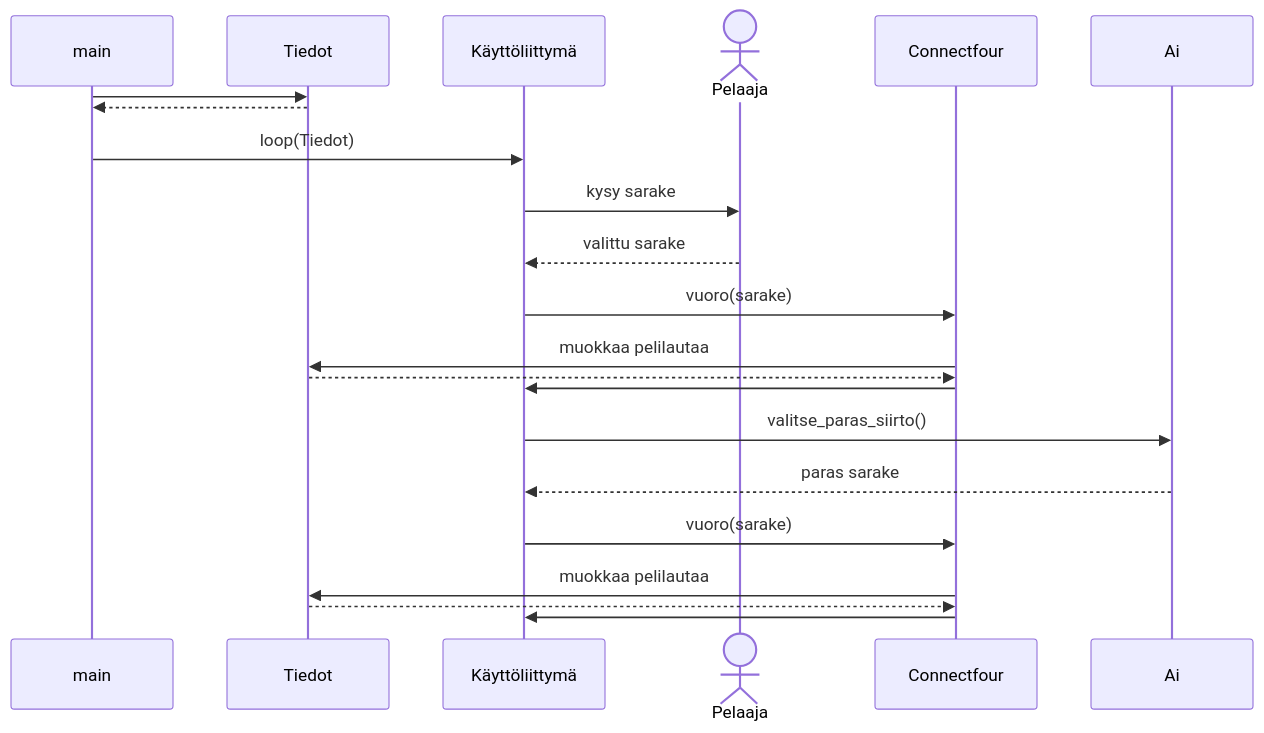
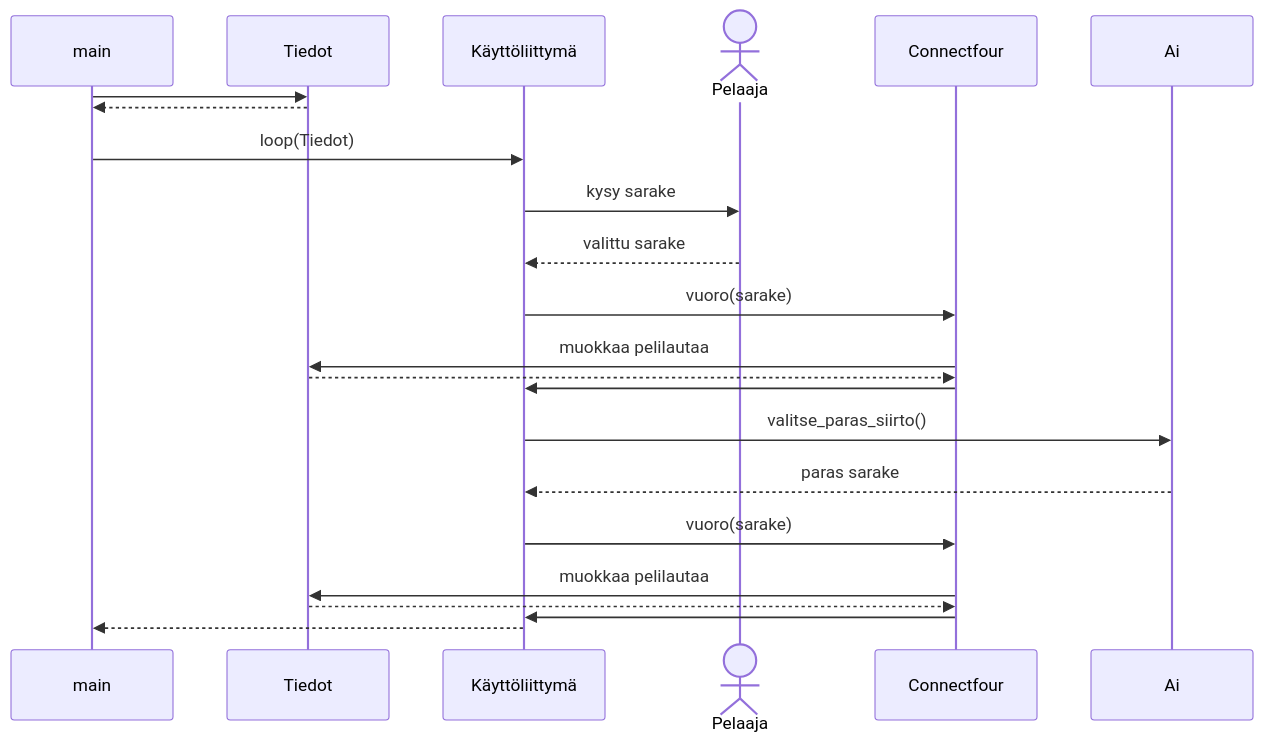
Before and after one commit to alannesanni/tiralabra: the diagram in dokumentaatio/toteutusdokumentti.md, drawn with Mermaid. The commit also changed other lines of this file, not shown here.

````diff
--- a/dokumentaatio/toteutusdokumentti.md
+++ b/dokumentaatio/toteutusdokumentti.md
@@ -3,25 +5,26 @@
 ```mermaid
 sequenceDiagram
   participant main
   participant Tiedot
   participant Käyttöliittymä
   actor Pelaaja
   participant Connectfour
   participant Ai
   
   main ->>Tiedot:  
   Tiedot -->>main:   
   main ->>Käyttöliittymä: loop(Tiedot)
   Käyttöliittymä ->>Pelaaja: kysy sarake
   Pelaaja -->>Käyttöliittymä: valittu sarake
   Käyttöliittymä ->>Connectfour: vuoro(sarake)
   Connectfour ->>Tiedot: muokkaa pelilautaa
   Tiedot -->>Connectfour:   
   Connectfour ->>Käyttöliittymä:   
   Käyttöliittymä ->>Ai: valitse_paras_siirto()
   Ai -->>Käyttöliittymä: paras sarake
   Käyttöliittymä ->>Connectfour: vuoro(sarake)
   Connectfour ->>Tiedot: muokkaa pelilautaa
   Tiedot -->>Connectfour:    
-  Connectfour ->>Käyttöliittymä:  
+  Connectfour ->>Käyttöliittymä:
+  Käyttöliittymä -->>main:  
 ```
````
